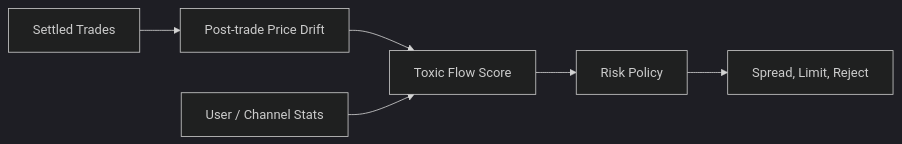
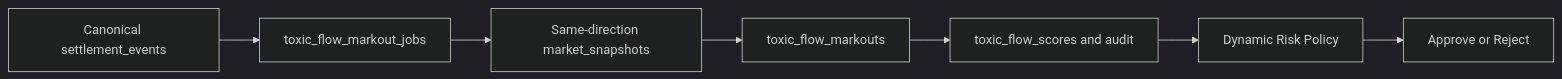
The first of 3 diagrams in book/Volume3-RiskEngine/Chapter06-Toxic-Flow.md (alvis-ai/production-grade-web3-rfq-market-maker), drawn with Mermaid (dark theme) before and after one commit. The commit also changed other lines of this file and 57 other files, not shown here.

Commit message:
feat: automate toxic flow markout scoring

````diff
--- a/book/Volume3-RiskEngine/Chapter06-Toxic-Flow.md
+++ b/book/Volume3-RiskEngine/Chapter06-Toxic-Flow.md
@@ -47,15 +47,17 @@
 ```mermaid
 flowchart LR
-  Trades[Settled Trades]
-  Drift[Post-trade Price Drift]
-  UserStats[User / Channel Stats]
-  Score[Toxic Flow Score]
-  Policy[Risk Policy]
-  Action[Spread, Limit, Reject]
+  Trades[Canonical settlement_events]
+  Jobs[toxic_flow_markout_jobs]
+  Snapshots[Same-direction market_snapshots]
+  Markouts[toxic_flow_markouts]
+  Score[toxic_flow_scores and audit]
+  Policy[Dynamic Risk Policy]
+  Action[Approve or Reject]
 
-  Trades --> Drift
-  Drift --> Score
-  UserStats --> Score
+  Trades --> Jobs
+  Jobs --> Snapshots
+  Snapshots --> Markouts
+  Markouts --> Score
   Score --> Policy
   Policy --> Action
 ```
````
